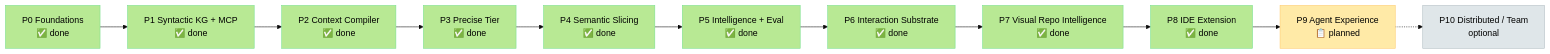
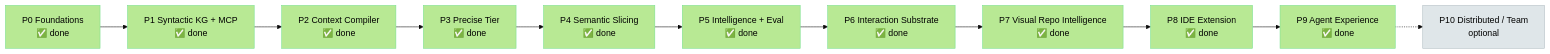
The first of 2 diagrams in docs/planning/TASKS-AND-PROGRESS.md (Md-Jazbee/prism), drawn with Mermaid (base theme) before and after one commit. The commit also changed other lines of this file and 36 other files, not shown here.

First line of the commit message:
Complete Phase 9 and pass the agent-experience gate.

````diff
--- a/docs/planning/TASKS-AND-PROGRESS.md
+++ b/docs/planning/TASKS-AND-PROGRESS.md
@@ -33,26 +33,26 @@
 ```mermaid
 flowchart LR
     P0[P0 Foundations<br/>✅ done] --> P1[P1 Syntactic KG + MCP<br/>✅ done]
     P1 --> P2[P2 Context Compiler<br/>✅ done]
     P2 --> P3[P3 Precise Tier<br/>✅ done]
     P3 --> P4[P4 Semantic Slicing<br/>✅ done]
     P4 --> P5[P5 Intelligence + Eval<br/>✅ done]
     P5 --> P6[P6 Interaction Substrate<br/>✅ done]
     P6 --> P7[P7 Visual Repo Intelligence<br/>✅ done]
     P7 --> P8[P8 IDE Extension<br/>✅ done]
-    P8 --> P9[P9 Agent Experience<br/>📋 planned]
+    P8 --> P9[P9 Agent Experience<br/>✅ done]
     P9 -.-> P10[P10 Distributed / Team<br/>optional]
 
     style P0 fill:#b8e994,stroke:#78e08f,color:#000
     style P1 fill:#b8e994,stroke:#78e08f,color:#000
     style P2 fill:#b8e994,stroke:#78e08f,color:#000
     style P3 fill:#b8e994,stroke:#78e08f,color:#000
     style P4 fill:#b8e994,stroke:#78e08f,color:#000
     style P5 fill:#b8e994,stroke:#78e08f,color:#000
     style P6 fill:#b8e994,stroke:#78e08f,color:#000
     style P7 fill:#b8e994,stroke:#78e08f,color:#000
     style P7 fill:#b8e994,stroke:#78e08f,color:#000
     style P8 fill:#b8e994,stroke:#78e08f,color:#000
-    style P9 fill:#ffeaa7,stroke:#fdcb6e,color:#000
+    style P9 fill:#b8e994,stroke:#78e08f,color:#000
     style P10 fill:#dfe6e9,stroke:#b2bec3,color:#000
 ```
````
